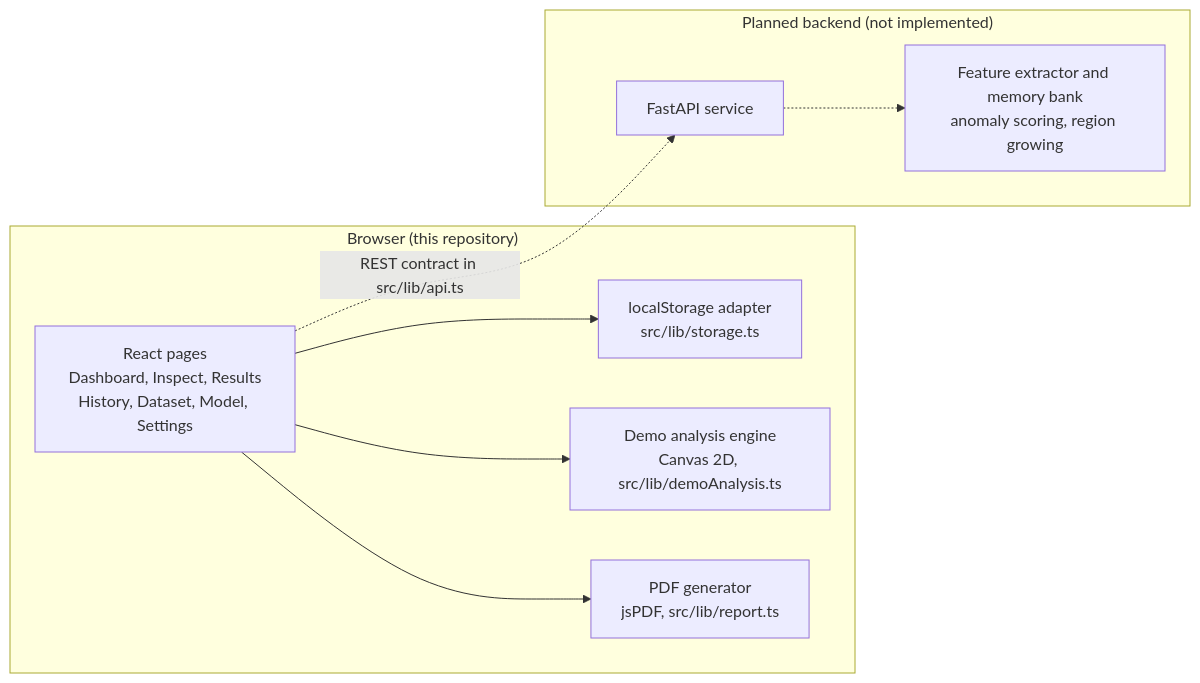
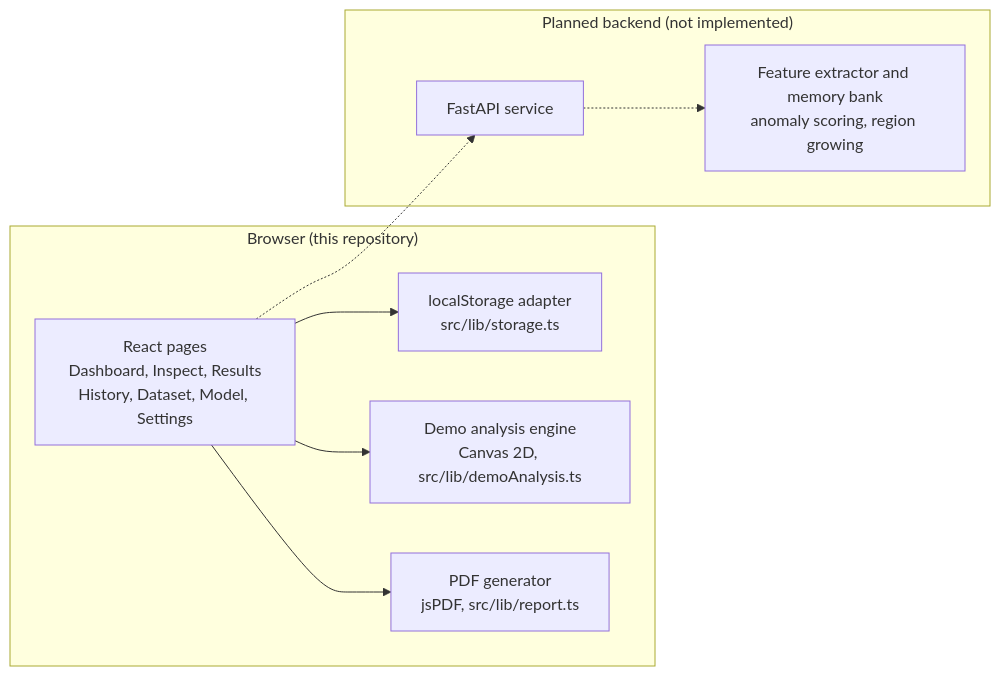
One commit to 1151kumarsskg-max/vision-inspect-ai changed the diagram in README.md. Above: the diagram before and after it, drawn with Mermaid. The commit also changed other lines of this file, not shown here.

First line of the commit message:
Drop the edge label GitHub's Mermaid parser rejects

````diff
--- a/README.md
+++ b/README.md
@@ -150,20 +150,20 @@
 ```mermaid
 flowchart LR
     subgraph Browser["Browser (this repository)"]
         UI["React pages<br/>Dashboard, Inspect, Results<br/>History, Dataset, Model, Settings"]
         Store["localStorage adapter<br/>src/lib/storage.ts"]
         Demo["Demo analysis engine<br/>Canvas 2D, src/lib/demoAnalysis.ts"]
         Report["PDF generator<br/>jsPDF, src/lib/report.ts"]
     end
 
     subgraph Planned["Planned backend (not implemented)"]
         API["FastAPI service"]
         Model["Feature extractor and memory bank<br/>anomaly scoring, region growing"]
     end
 
     UI --> Store
     UI --> Demo
     UI --> Report
-    UI -.->|"REST contract in src/lib/api.ts"| API
+    UI -.-> API
     API -.-> Model
 ```
````
